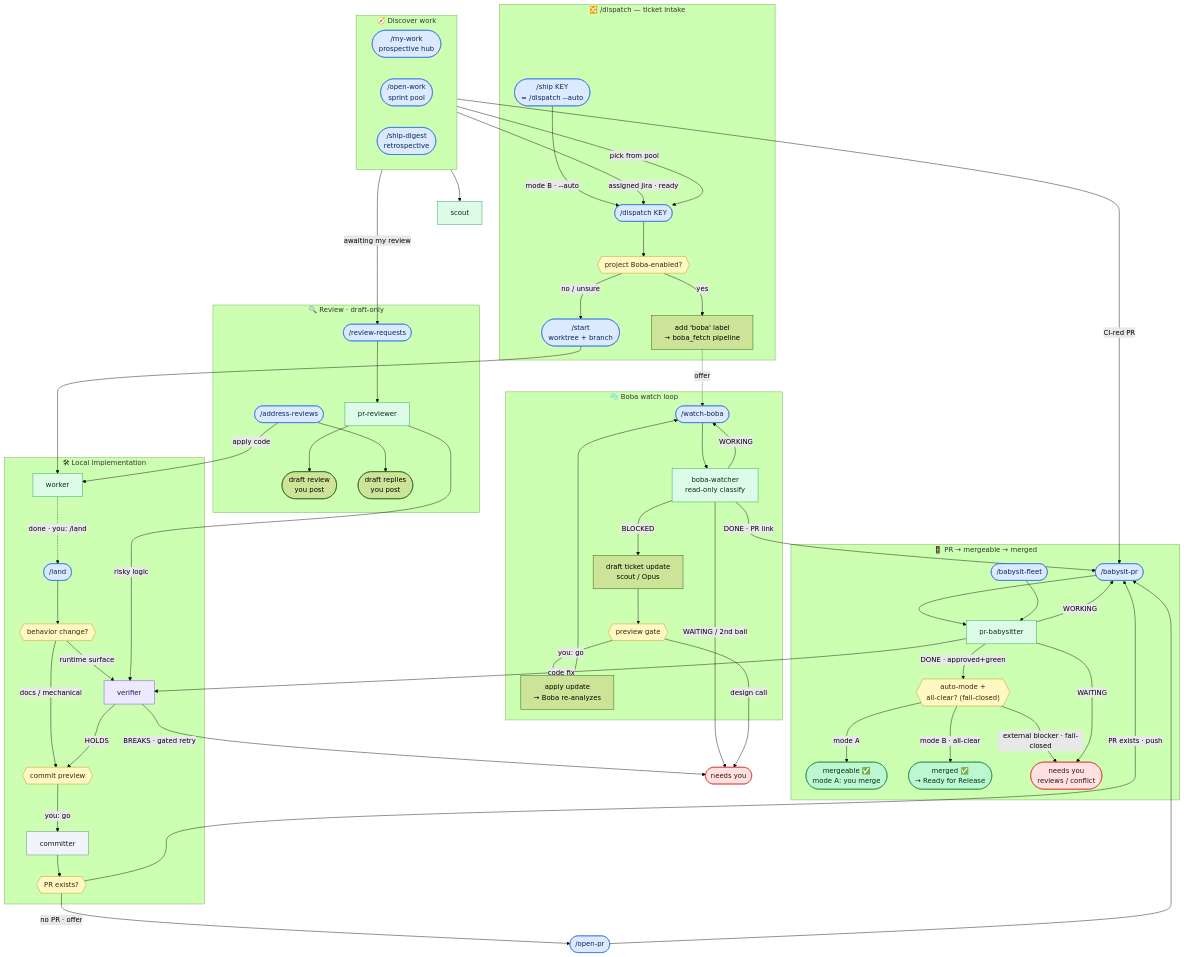
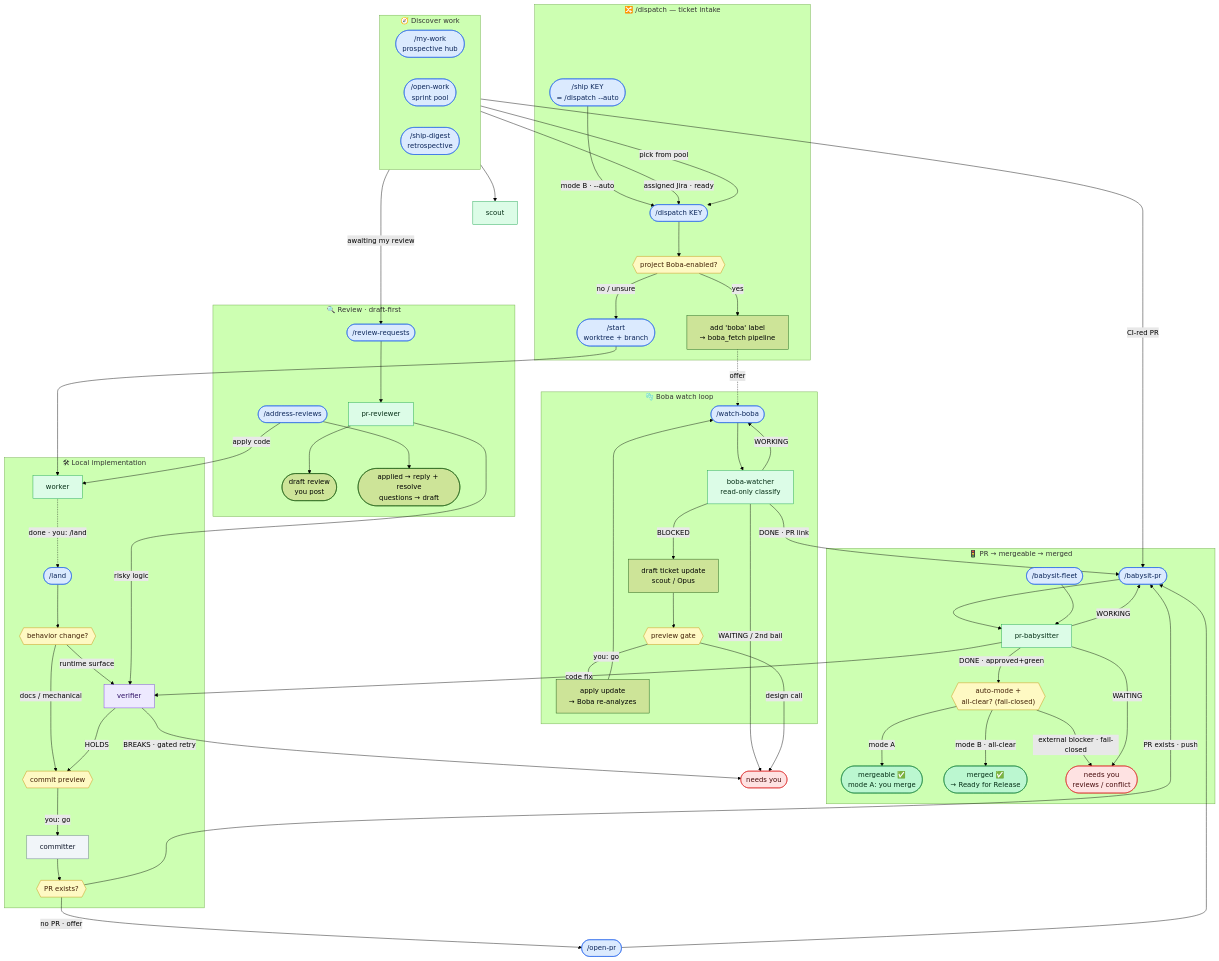
The diagram in WORKFLOWS.md (timopruesse/.dotfiles), drawn with Mermaid (forest theme) before and after one commit. The commit also changed other lines of this file and 4 other files, not shown here.

First line of the commit message:
feat(claude): reply + resolve review threads on landed fixes

```diff
--- a/WORKFLOWS.md
+++ b/WORKFLOWS.md
@@ -52,12 +52,12 @@
         HUM2(["needs you<br/>reviews / conflict"])
     end
 
-    subgraph rev["🔍 Review · draft-only"]
+    subgraph rev["🔍 Review · draft-first"]
         RR(["/review-requests"])
         PRR["pr-reviewer"]
         DR(["draft review<br/>you post"])
         AR(["/address-reviews"])
-        DRP(["draft replies<br/>you post"])
+        DRP(["applied → reply + resolve<br/>questions → draft"])
     end
 
     SCOUT["scout"]
```
